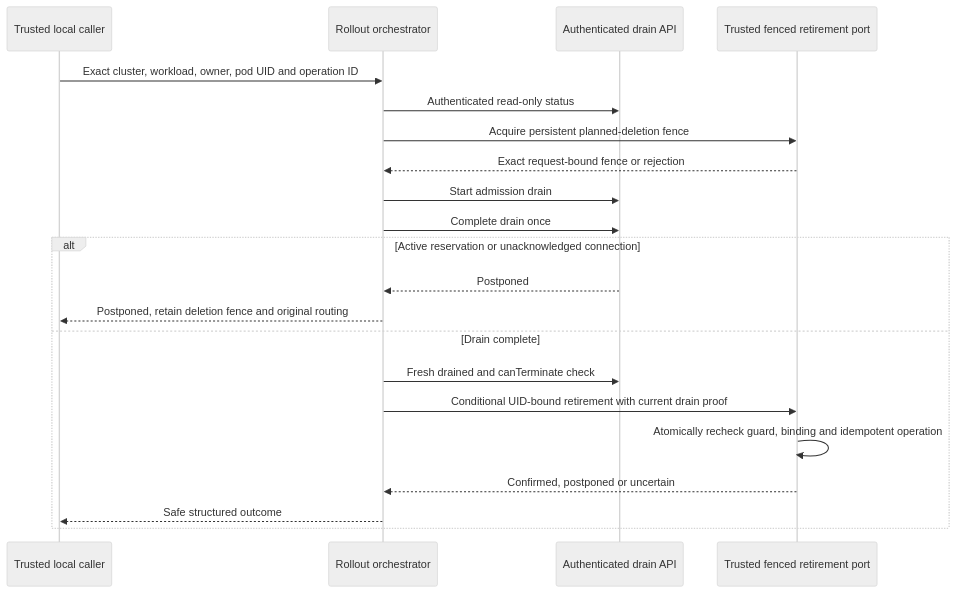
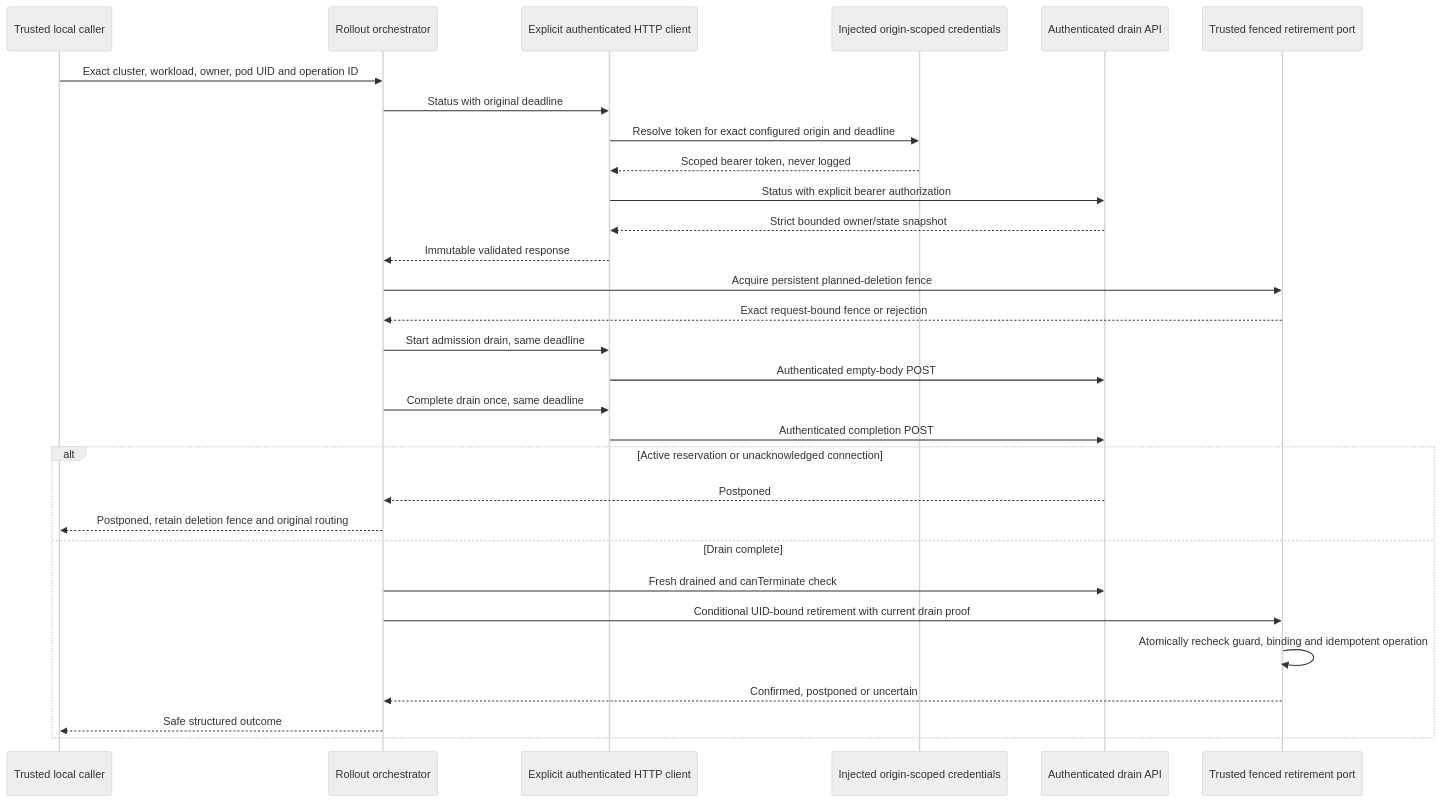
One commit to marvinbuss/caller-ai changed the diagram in code/docs/runbooks/drain-rollout.md. Above: the diagram before and after it, drawn with Mermaid (neutral theme). The commit also changed other lines of this file and 6 other files, not shown here.

Commit message:
Add authenticated deadline-bound operations HTTP adapter

````diff
--- a/code/docs/runbooks/drain-rollout.md
+++ b/code/docs/runbooks/drain-rollout.md
@@ -18,23 +18,32 @@
 ```mermaid
 sequenceDiagram
     participant Operator as Trusted local caller
     participant Tool as Rollout orchestrator
+    participant HTTP as Explicit authenticated HTTP client
+    participant Identity as Injected origin-scoped credentials
     participant Runtime as Authenticated drain API
     participant Cluster as Trusted fenced retirement port
     Operator->>Tool: Exact cluster, workload, owner, pod UID and operation ID
-    Tool->>Runtime: Authenticated read-only status
+    Tool->>HTTP: Status with original deadline
+    HTTP->>Identity: Resolve token for exact configured origin and deadline
+    Identity-->>HTTP: Scoped bearer token, never logged
+    HTTP->>Runtime: Status with explicit bearer authorization
+    Runtime-->>HTTP: Strict bounded owner/state snapshot
+    HTTP-->>Tool: Immutable validated response
     Tool->>Cluster: Acquire persistent planned-deletion fence
     Cluster-->>Tool: Exact request-bound fence or rejection
-    Tool->>Runtime: Start admission drain
-    Tool->>Runtime: Complete drain once
+    Tool->>HTTP: Start admission drain, same deadline
+    HTTP->>Runtime: Authenticated empty-body POST
+    Tool->>HTTP: Complete drain once, same deadline
+    HTTP->>Runtime: Authenticated completion POST
     alt Active reservation or unacknowledged connection
         Runtime-->>Tool: Postponed
         Tool-->>Operator: Postponed, retain deletion fence and original routing
     else Drain complete
         Tool->>Runtime: Fresh drained and canTerminate check
         Tool->>Cluster: Conditional UID-bound retirement with current drain proof
         Cluster->>Cluster: Atomically recheck guard, binding and idempotent operation
         Cluster-->>Tool: Confirmed, postponed or uncertain
         Tool-->>Operator: Safe structured outcome
     end
 ```
````
